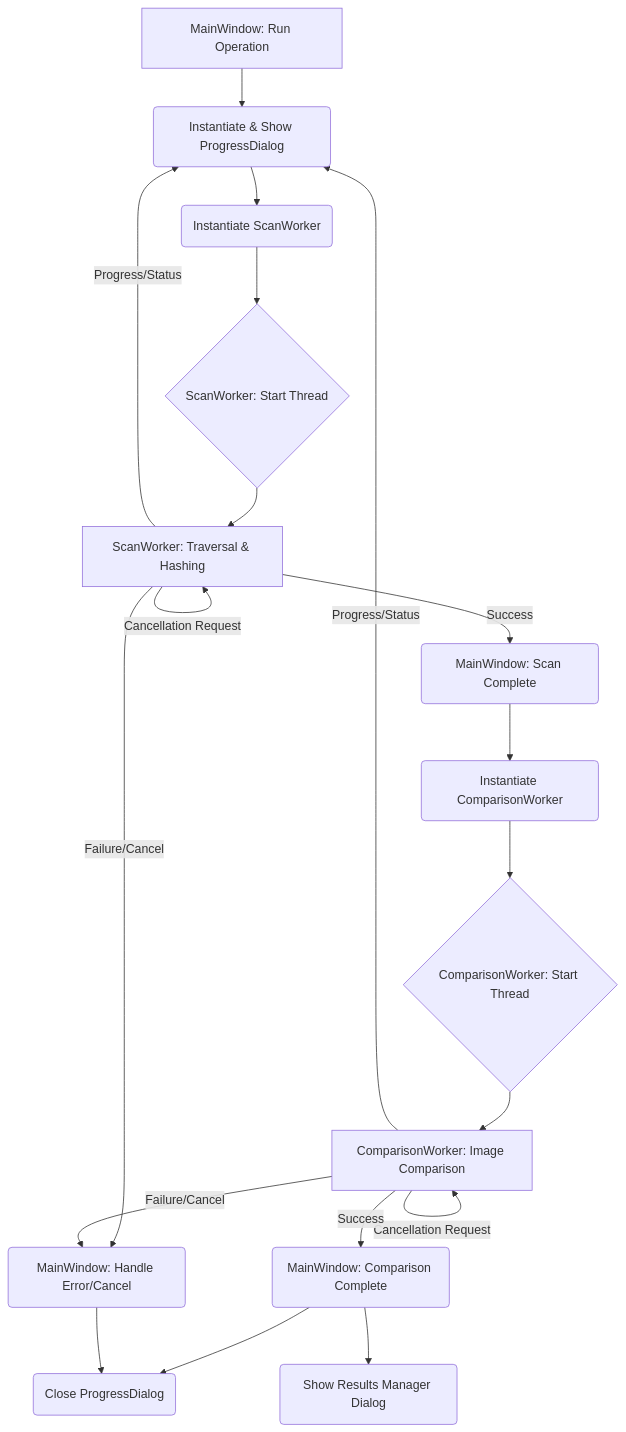
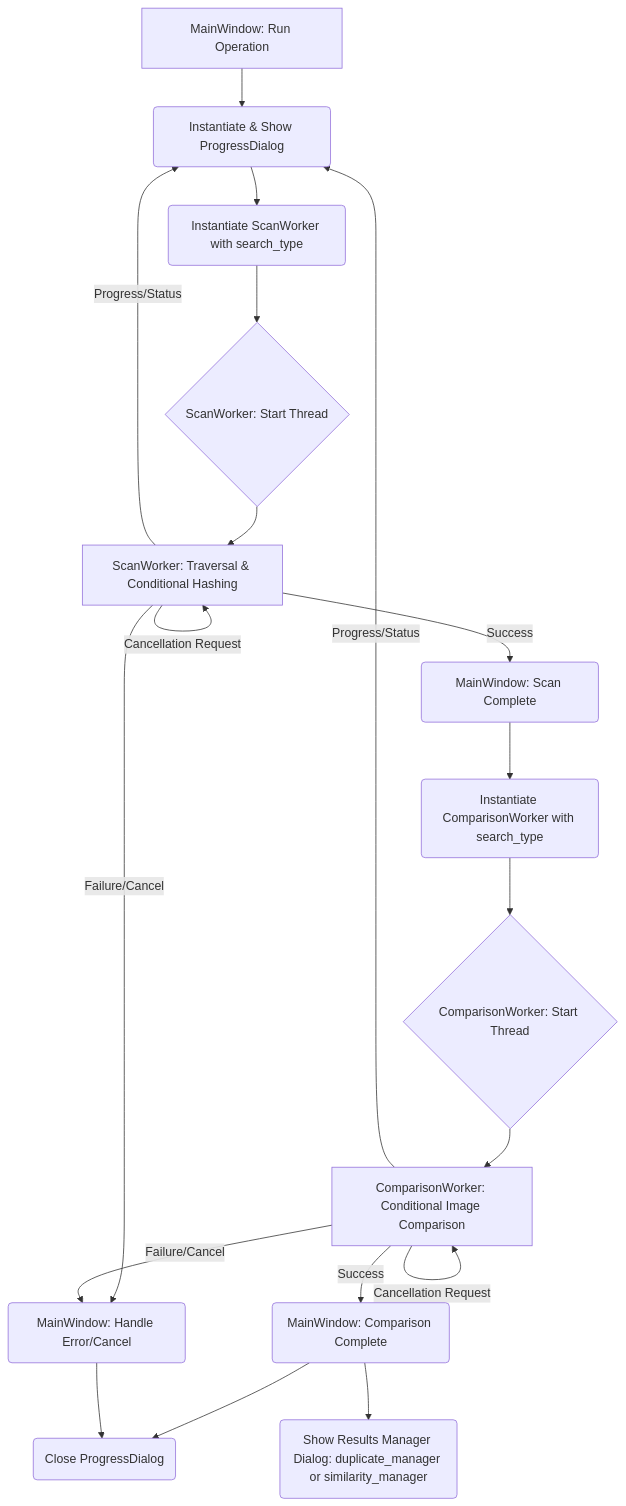
The diagram in architecture-plan.md (pkirkaas/pk-py-lib), drawn with Mermaid before and after one commit. The commit also changed other lines of this file and 12 other files, not shown here.

````diff
--- a/architecture-plan.md
+++ b/architecture-plan.md
@@ -768,21 +846,21 @@
 ```mermaid
 graph TD
     A[MainWindow: Run Operation] --> B(Instantiate & Show ProgressDialog);
-    B --> C(Instantiate ScanWorker);
+    B --> C(Instantiate ScanWorker with search_type);
     C --> D{ScanWorker: Start Thread};
-    D --> E[ScanWorker: Traversal & Hashing];
+    D --> E[ScanWorker: Traversal & Conditional Hashing];
     E -- Progress/Status --> B;
     E -- Cancellation Request --> E;
     E -- Success --> F(MainWindow: Scan Complete);
     E -- Failure/Cancel --> K(MainWindow: Handle Error/Cancel);
-    F --> G(Instantiate ComparisonWorker);
+    F --> G(Instantiate ComparisonWorker with search_type);
     G --> H{ComparisonWorker: Start Thread};
-    H --> I[ComparisonWorker: Image Comparison];
+    H --> I[ComparisonWorker: Conditional Image Comparison];
     I -- Progress/Status --> B;
     I -- Cancellation Request --> I;
     I -- Success --> J(MainWindow: Comparison Complete);
     I -- Failure/Cancel --> K;
     J --> L(Close ProgressDialog);
-    J --> M(Show Results Manager Dialog);
+    J --> M(Show Results Manager Dialog: duplicate_manager or similarity_manager);
     K --> L;
 ```
````
